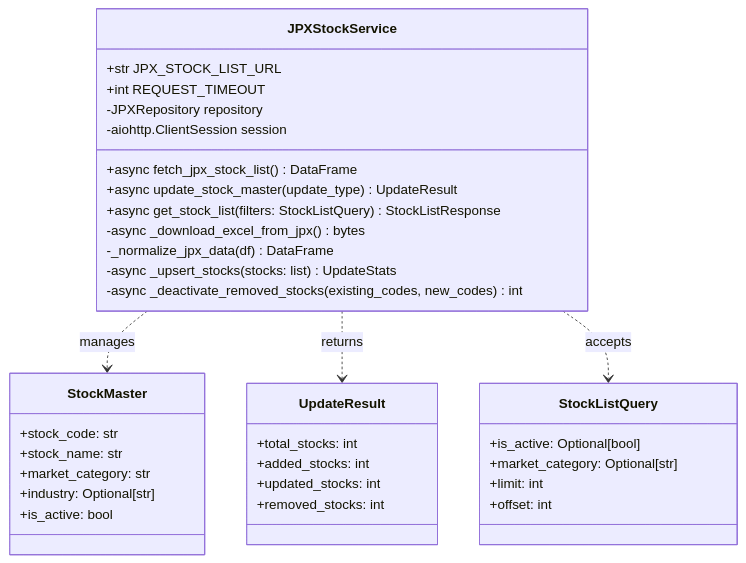
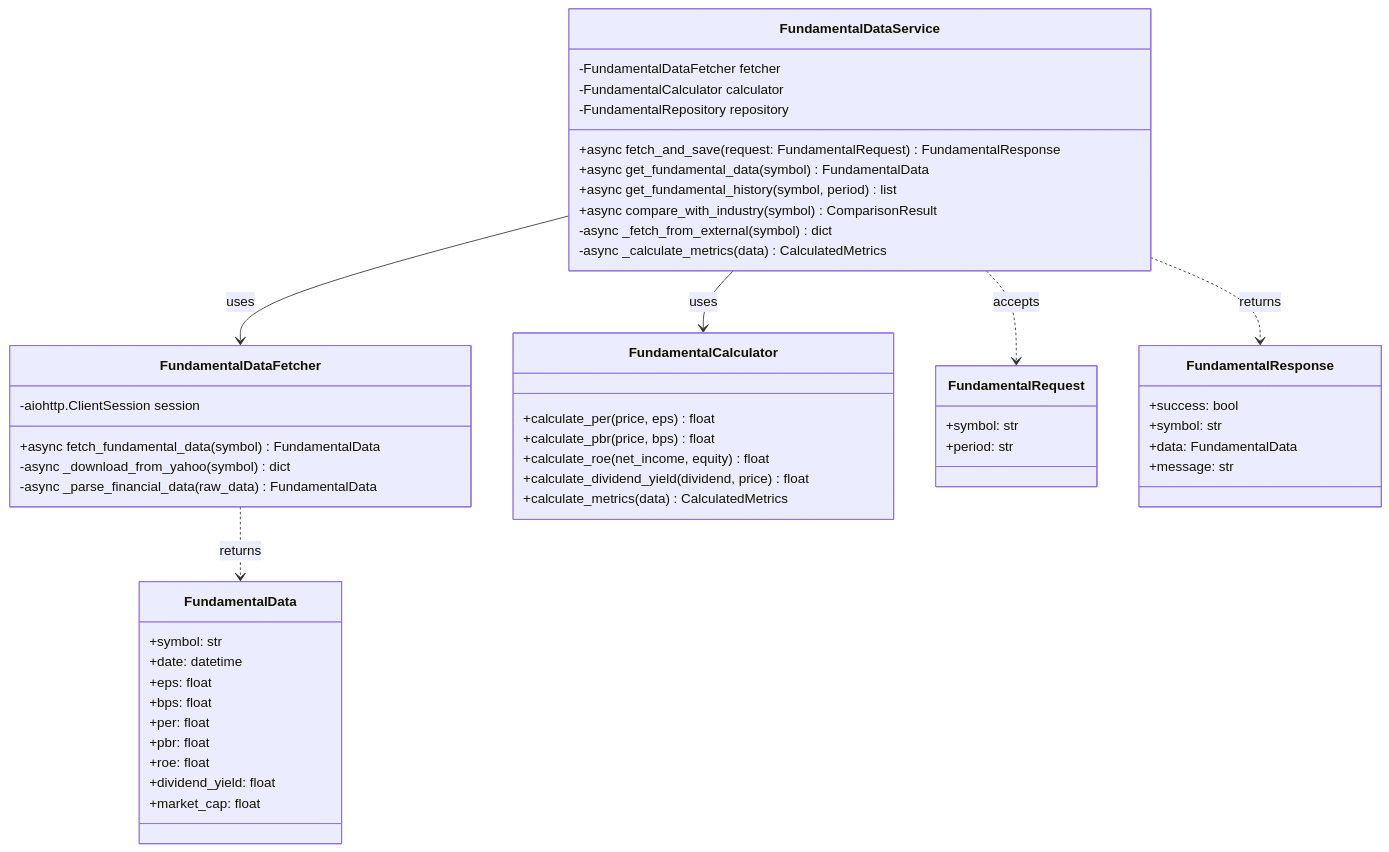
One commit to TIMMY-WEST/STOCK-INVESTMENT-ANALYZER changed the fourth of 13 diagrams in docs/architecture/layers/service_layer.md. Above: the diagram before and after it, drawn with Mermaid. The commit also changed other lines of this file, not shown here.

````diff
--- a/docs/architecture/layers/service_layer.md
+++ b/docs/architecture/layers/service_layer.md
@@ -488,42 +576,59 @@
 ```mermaid
 classDiagram
-    class JPXStockService {
-        +str JPX_STOCK_LIST_URL
-        +int REQUEST_TIMEOUT
-        -JPXRepository repository
-        -aiohttp.ClientSession session
-        +async fetch_jpx_stock_list() DataFrame
-        +async update_stock_master(update_type) UpdateResult
-        +async get_stock_list(filters: StockListQuery) StockListResponse
-        -async _download_excel_from_jpx() bytes
-        -_normalize_jpx_data(df) DataFrame
-        -async _upsert_stocks(stocks: list) UpdateStats
-        -async _deactivate_removed_stocks(existing_codes, new_codes) int
+    class FundamentalDataService {
+        -FundamentalDataFetcher fetcher
+        -FundamentalCalculator calculator
+        -FundamentalRepository repository
+        +async fetch_and_save(request: FundamentalRequest) FundamentalResponse
+        +async get_fundamental_data(symbol) FundamentalData
+        +async get_fundamental_history(symbol, period) list
+        +async compare_with_industry(symbol) ComparisonResult
+        -async _fetch_from_external(symbol) dict
+        -async _calculate_metrics(data) CalculatedMetrics
     }
 
-    class StockMaster {
-        +stock_code: str
-        +stock_name: str
-        +market_category: str
-        +industry: Optional[str]
-        +is_active: bool
+    class FundamentalDataFetcher {
+        -aiohttp.ClientSession session
+        +async fetch_fundamental_data(symbol) FundamentalData
+        -async _download_from_yahoo(symbol) dict
+        -async _parse_financial_data(raw_data) FundamentalData
     }
 
-    class UpdateResult {
-        +total_stocks: int
-        +added_stocks: int
-        +updated_stocks: int
-        +removed_stocks: int
+    class FundamentalCalculator {
+        +calculate_per(price, eps) float
+        +calculate_pbr(price, bps) float
+        +calculate_roe(net_income, equity) float
+        +calculate_dividend_yield(dividend, price) float
+        +calculate_metrics(data) CalculatedMetrics
     }
 
-    class StockListQuery {
-        +is_active: Optional[bool]
-        +market_category: Optional[str]
-        +limit: int
-        +offset: int
+    class FundamentalRequest {
+        +symbol: str
+        +period: str
     }
 
-    JPXStockService ..> StockMaster : manages
-    JPXStockService ..> UpdateResult : returns
-    JPXStockService ..> StockListQuery : accepts
+    class FundamentalResponse {
+        +success: bool
+        +symbol: str
+        +data: FundamentalData
+        +message: str
+    }
+
+    class FundamentalData {
+        +symbol: str
+        +date: datetime
+        +eps: float
+        +bps: float
+        +per: float
+        +pbr: float
+        +roe: float
+        +dividend_yield: float
+        +market_cap: float
+    }
+
+    FundamentalDataService --> FundamentalDataFetcher : uses
+    FundamentalDataService --> FundamentalCalculator : uses
+    FundamentalDataService ..> FundamentalRequest : accepts
+    FundamentalDataService ..> FundamentalResponse : returns
+    FundamentalDataFetcher ..> FundamentalData : returns
 ```
````
